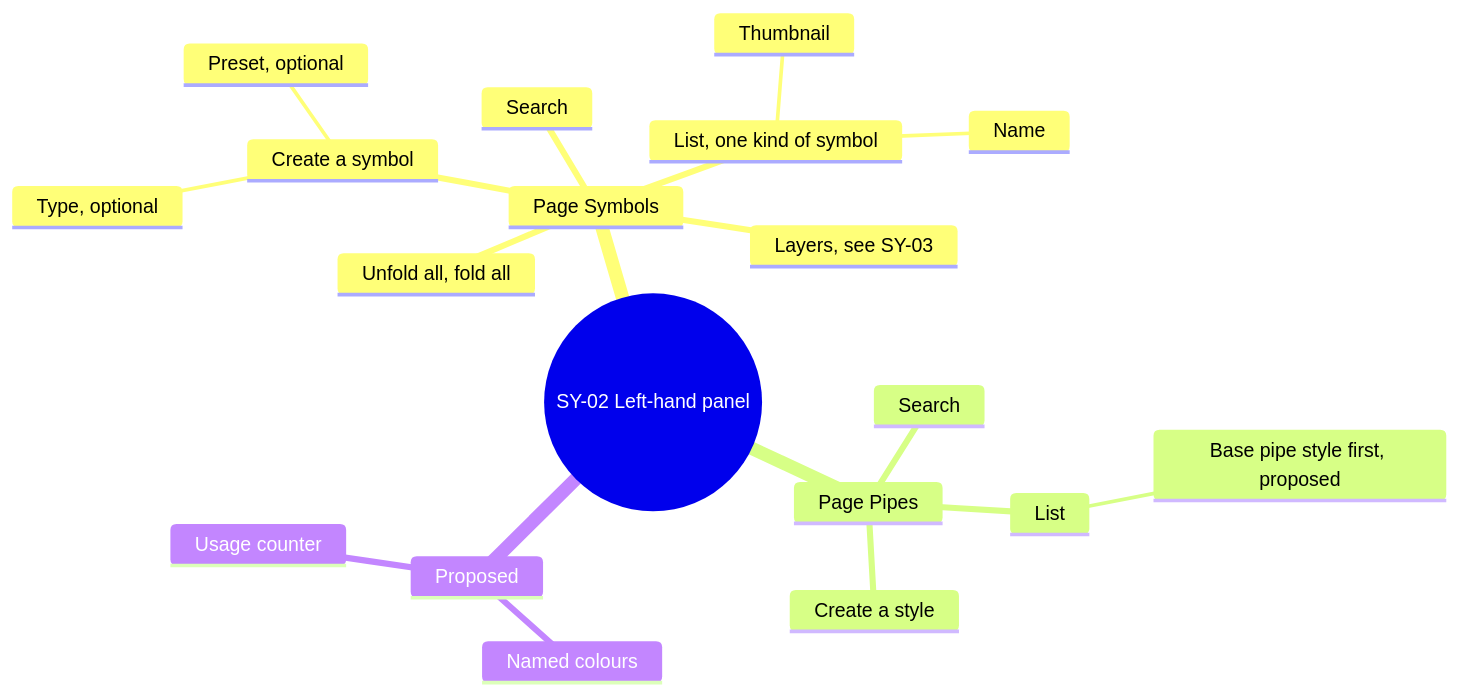
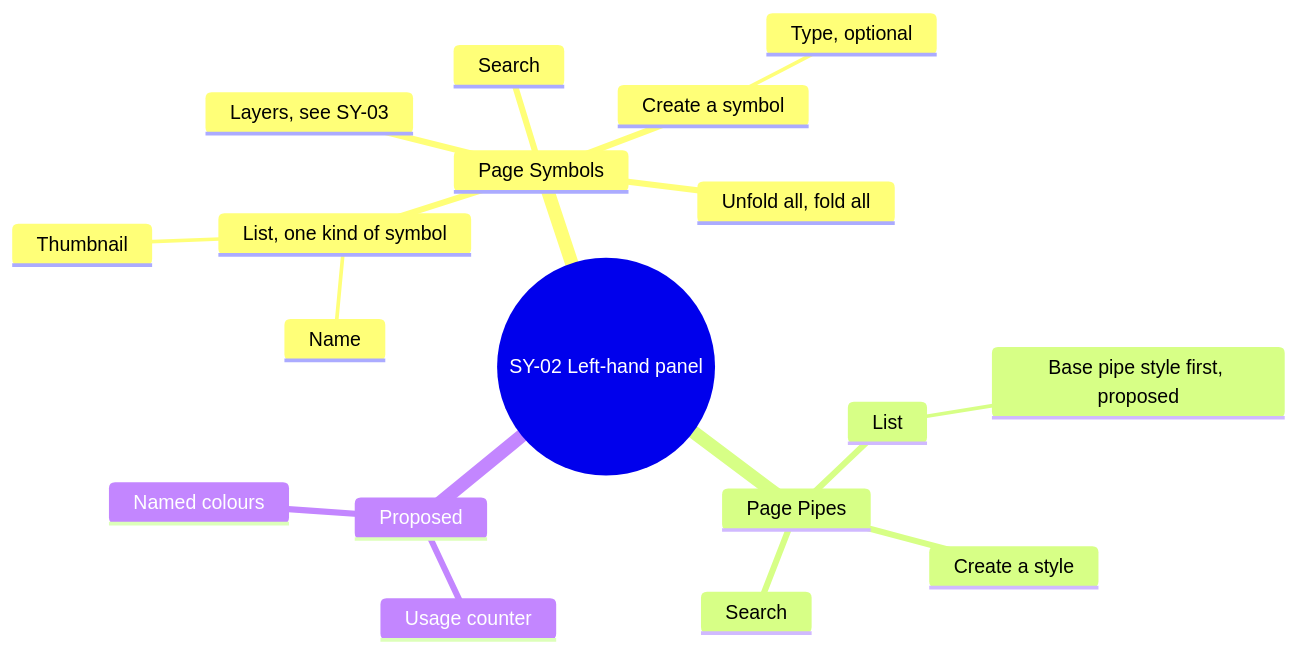
Before and after one commit to AlexandreGallais/synoptic-studio-spec: the third of 14 diagrams in screens/symbols.md, drawn with Mermaid. The commit also changed other lines of this file and 81 other files, not shown here.

````diff
--- a/screens/symbols.md
+++ b/screens/symbols.md
@@ -59,22 +59,21 @@
 ```mermaid
 mindmap
   root((SY-02 Left-hand panel))
     Page Symbols
       Search
       Unfold all, fold all
       Create a symbol
         Type, optional
-        Preset, optional
       List, one kind of symbol
         Thumbnail
         Name
       Layers, see SY-03
     Page Pipes
       Search
       Create a style
       List
         Base pipe style first, proposed
     Proposed
       Usage counter
       Named colours
 ```
````
